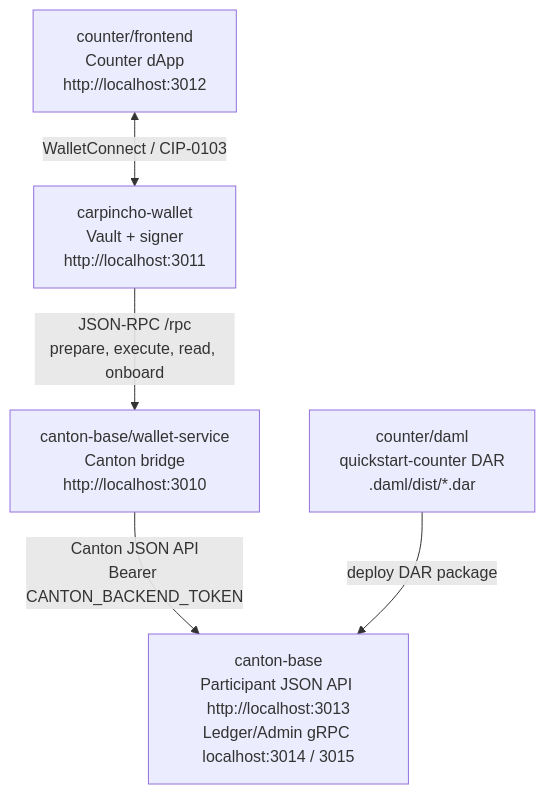
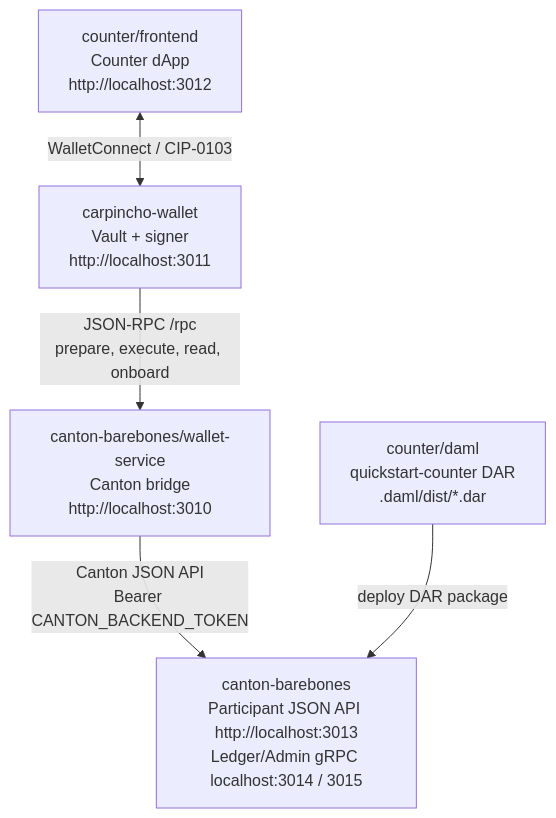
Before and after one commit to BootNodeDev/cn-dappbooster: the diagram in README.md, drawn with Mermaid. The commit also changed other lines of this file and 53 other files, not shown here.

First line of the commit message:
chore: rename canton-base to canton-barebones

````diff
--- a/README.md
+++ b/README.md
@@ -5,13 +5,13 @@
 ```mermaid
 flowchart TD
   fe["counter/frontend<br/>Counter dApp<br/>http://localhost:3012"]
   wallet["carpincho-wallet<br/>Vault + signer<br/>http://localhost:3011"]
-  ws["canton-base/wallet-service<br/>Canton bridge<br/>http://localhost:3010"]
-  cb["canton-base<br/>Participant JSON API http://localhost:3013<br/>Ledger/Admin gRPC localhost:3014 / 3015"]
+  ws["canton-barebones/wallet-service<br/>Canton bridge<br/>http://localhost:3010"]
+  cb["canton-barebones<br/>Participant JSON API http://localhost:3013<br/>Ledger/Admin gRPC localhost:3014 / 3015"]
   dar["counter/daml<br/>quickstart-counter DAR<br/>.daml/dist/*.dar"]
 
   fe <-->|"WalletConnect / CIP-0103"| wallet
   wallet -->|"JSON-RPC /rpc<br/>prepare, execute, read, onboard"| ws
   ws -->|"Canton JSON API<br/>Bearer CANTON_BACKEND_TOKEN"| cb
   dar -->|"deploy DAR package"| cb
 ```
````
